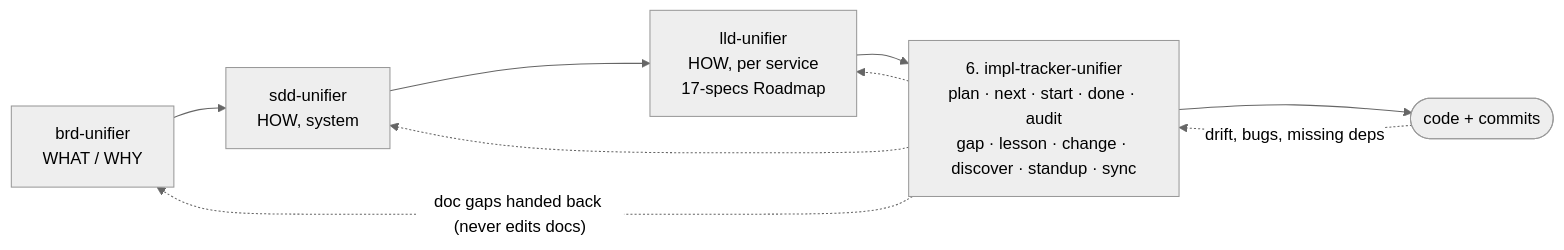
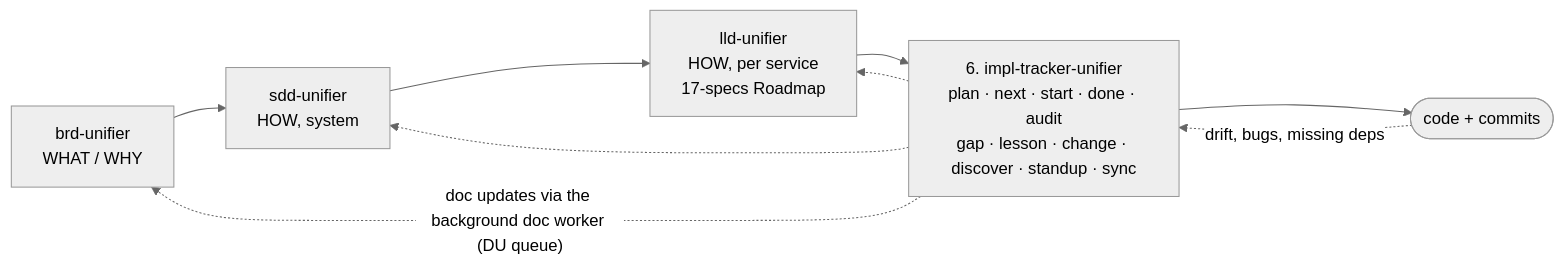
Before and after one commit to mhshahin01/builders-skills: the diagram in impl-tracker-unifier/README.md, drawn with Mermaid (neutral theme). The commit also changed other lines of this file and 10 other files, not shown here.

````diff
--- a/impl-tracker-unifier/README.md
+++ b/impl-tracker-unifier/README.md
@@ -7,11 +7,11 @@
 ```mermaid
 flowchart LR
     brd["brd-unifier<br/>WHAT / WHY"] --> sdd["sdd-unifier<br/>HOW, system"]
     sdd --> lld["lld-unifier<br/>HOW, per service<br/>17-specs Roadmap"]
     lld --> trk["6. impl-tracker-unifier<br/>plan · next · start · done · audit<br/>gap · lesson · change · discover · standup · sync"]
     trk --> code(["code + commits"])
     code -. "drift, bugs, missing deps" .-> trk
-    trk -. "doc gaps handed back (never edits docs)" .-> brd
+    trk -. "doc updates via the background doc worker (DU queue)" .-> brd
     trk -.-> sdd
     trk -.-> lld
 ```
````
